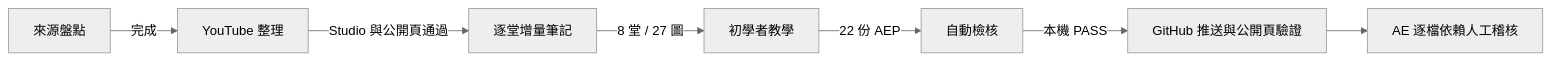
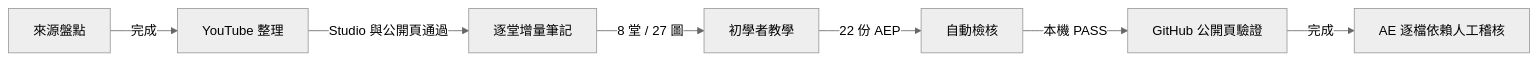
One commit to yd7148/8042-AE-AfterEffect-Visual-Effects-Animation-Course changed the diagram in docs/PROJECT_STATUS.md. Above: the diagram before and after it, drawn with Mermaid (neutral theme). The commit also changed other lines of this file and 1 other file, not shown here.

````diff
--- a/docs/PROJECT_STATUS.md
+++ b/docs/PROJECT_STATUS.md
@@ -5,9 +5,9 @@
 ```mermaid
 flowchart LR
     A[來源盤點] -->|完成| B[YouTube 整理]
     B -->|Studio 與公開頁通過| C[逐堂增量筆記]
     C -->|8 堂 / 27 圖| D[初學者教學]
     D -->|22 份 AEP| E[自動檢核]
-    E -->|本機 PASS| F[GitHub 推送與公開頁驗證]
-    F --> G[AE 逐檔依賴人工稽核]
+    E -->|本機 PASS| F[GitHub 公開頁驗證]
+    F -->|完成| G[AE 逐檔依賴人工稽核]
 ```
````
